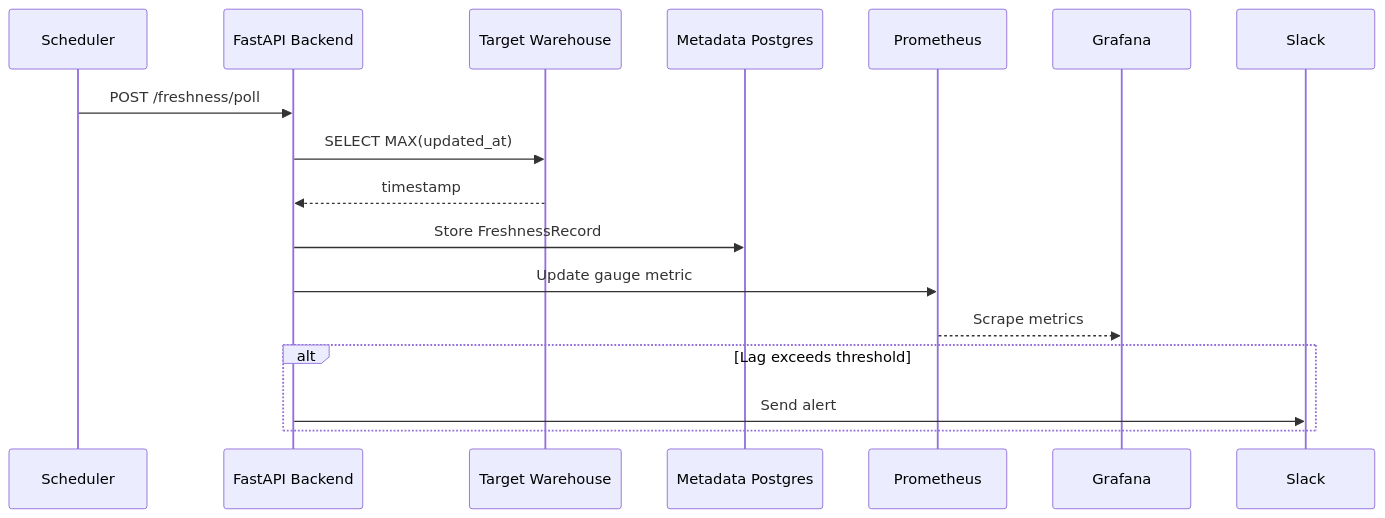
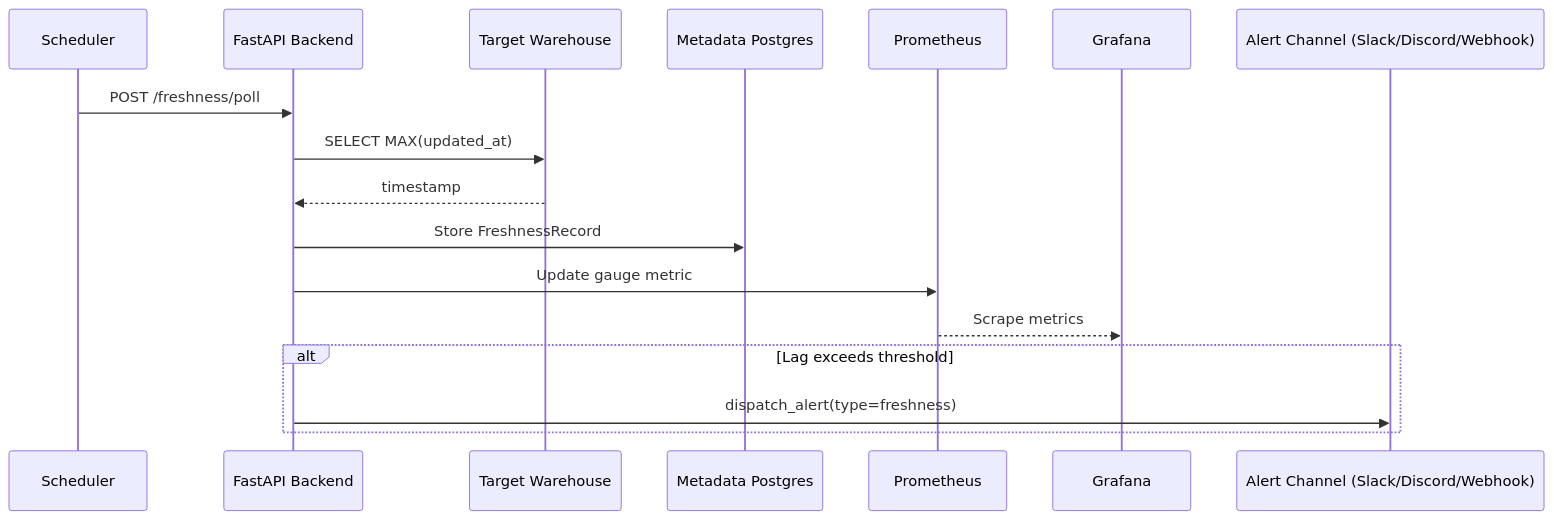
One commit to willowvibe/ObservaKit changed the second of 3 diagrams in docs/architecture.md. Above: the diagram before and after it, drawn with Mermaid. The commit also changed other lines of this file and 5 other files, not shown here.

````diff
--- a/docs/architecture.md
+++ b/docs/architecture.md
@@ -82,20 +96,20 @@
 ```mermaid
 sequenceDiagram
     participant Scheduler
     participant Backend as FastAPI Backend
     participant Warehouse as Target Warehouse
     participant MetaDB as Metadata Postgres
     participant Prom as Prometheus
     participant Grafana
-    participant Slack
+    participant Alerts as Alert Channel (Slack/Discord/Webhook)
 
     Scheduler->>Backend: POST /freshness/poll
     Backend->>Warehouse: SELECT MAX(updated_at)
     Warehouse-->>Backend: timestamp
     Backend->>MetaDB: Store FreshnessRecord
     Backend->>Prom: Update gauge metric
     Prom-->>Grafana: Scrape metrics
     alt Lag exceeds threshold
-        Backend->>Slack: Send alert
+        Backend->>Alerts: dispatch_alert(type=freshness)
     end
 ```
````
